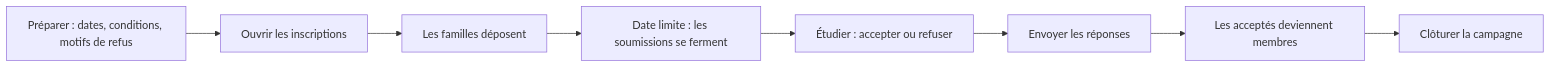
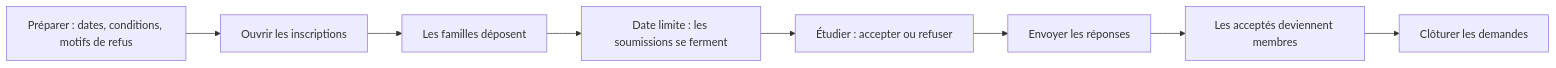
Before and after one commit to samerc/GNDJ_Gestion_Groupe: the second of 3 diagrams in docs/help/guide-chef-groupe.md, drawn with Mermaid. The commit also changed other lines of this file and 10 other files, not shown here.

Commit message:
Demandes menu follows the demande period: hidden after 'Clôturer les demandes' (renamed), archives move to Configuration until inscriptions reopen

````diff
--- a/docs/help/guide-chef-groupe.md
+++ b/docs/help/guide-chef-groupe.md
@@ -84,10 +84,10 @@
 ```mermaid
 flowchart LR
     A[Préparer : dates, conditions, motifs de refus] --> B[Ouvrir les inscriptions]
     B --> C[Les familles déposent]
     C --> D[Date limite : les soumissions se ferment]
     D --> E[Étudier : accepter ou refuser]
     E --> F[Envoyer les réponses]
     F --> G[Les acceptés deviennent membres]
-    G --> H[Clôturer la campagne]
+    G --> H[Clôturer les demandes]
 ```
````
